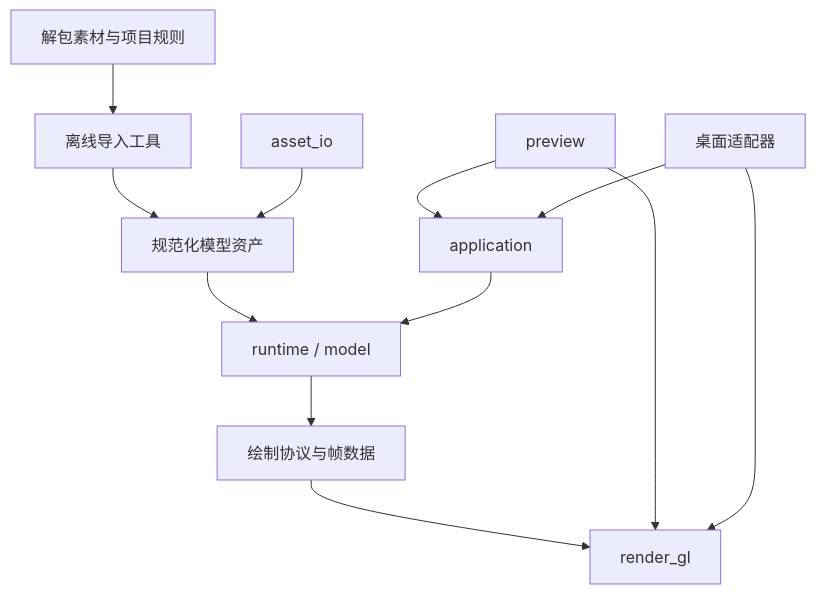
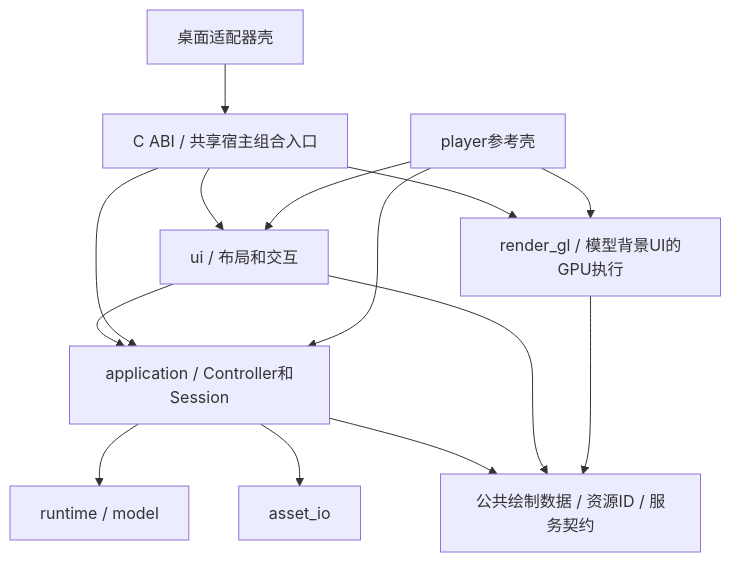
One commit to Chocola-X/NekoMote changed the diagram in ROADMAP.md. Above: the diagram before and after it, drawn with Mermaid. The commit also changed other lines of this file and 8 other files, not shown here.

````diff
--- a/ROADMAP.md
+++ b/ROADMAP.md
@@ -92,14 +101,16 @@
 ```mermaid
 flowchart TD
-    Source[解包素材与项目规则] --> Import[离线导入工具]
-    Import --> Asset[规范化模型资产]
-    Loader[asset_io] --> Asset
-    Asset --> Runtime[runtime / model]
-    Runtime --> Packet[绘制协议与帧数据]
-    Packet --> GL[render_gl]
-    App[application] --> Runtime
-    Preview[preview] --> App
-    Preview --> GL
-    Adapter[桌面适配器] --> App
-    Adapter --> GL
+    App[application / Controller和Session] --> Runtime[runtime / model]
+    App --> Loader[asset_io]
+    App --> Contract[公共绘制数据 / 资源ID / 服务契约]
+    Ui[ui / 布局和交互] --> App
+    Ui --> Contract
+    GL[render_gl / 模型背景UI的GPU执行] --> Contract
+    Abi[C ABI / 共享宿主组合入口] --> App
+    Abi --> Ui
+    Abi --> GL
+    Player[player参考壳] --> App
+    Player --> Ui
+    Player --> GL
+    Adapter[桌面适配器壳] --> Abi
 ```
````
